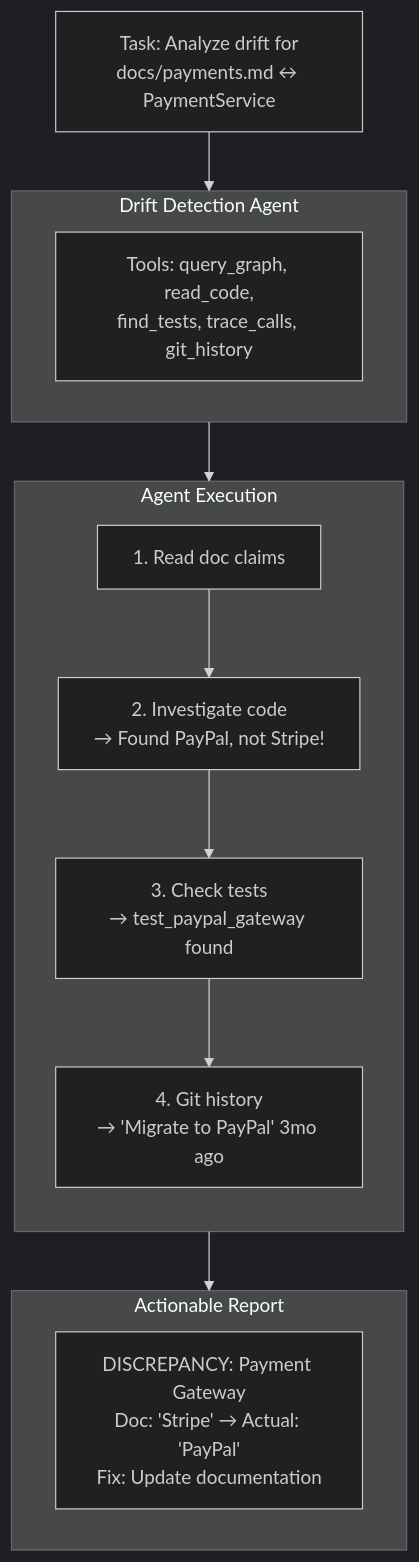
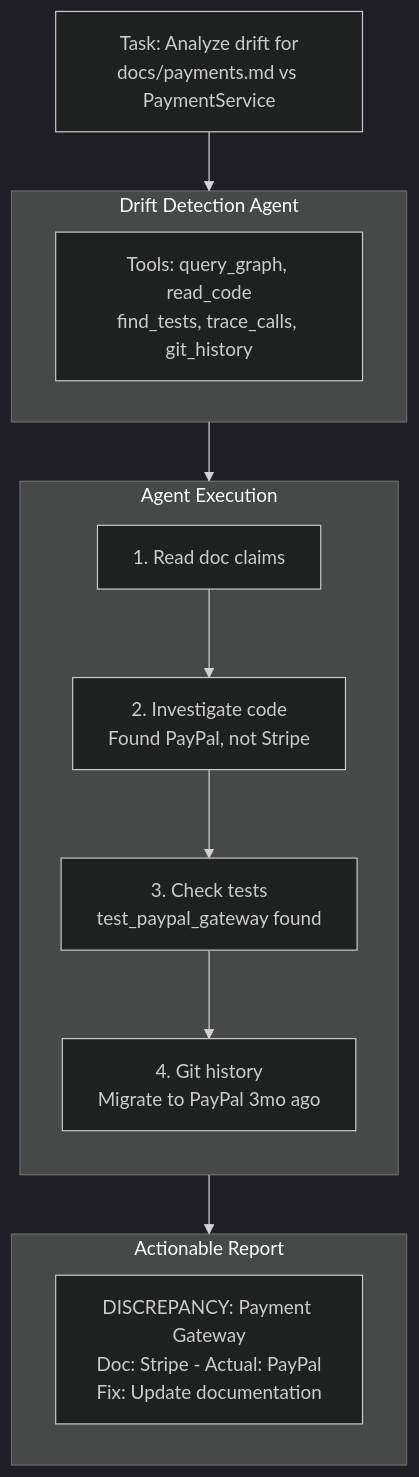
Before and after one commit to iAmLakshya/Lattice: the eighth of 8 diagrams in README.md, drawn with Mermaid (dark theme). The commit also changed other lines of this file, not shown here.

````diff
--- a/README.md
+++ b/README.md
@@ -897,24 +893,24 @@
 ```mermaid
 flowchart TB
-    task["Task: Analyze drift for\ndocs/payments.md ↔ PaymentService"]
+    task["Task: Analyze drift for<br>docs/payments.md vs PaymentService"]
 
     subgraph agent["Drift Detection Agent"]
-        tools["Tools: query_graph, read_code,\nfind_tests, trace_calls, git_history"]
+        tools["Tools: query_graph, read_code<br>find_tests, trace_calls, git_history"]
     end
 
     subgraph steps["Agent Execution"]
         direction TB
         s1["1. Read doc claims"]
-        s2["2. Investigate code\n→ Found PayPal, not Stripe!"]
-        s3["3. Check tests\n→ test_paypal_gateway found"]
-        s4["4. Git history\n→ 'Migrate to PayPal' 3mo ago"]
+        s2["2. Investigate code<br>Found PayPal, not Stripe"]
+        s3["3. Check tests<br>test_paypal_gateway found"]
+        s4["4. Git history<br>Migrate to PayPal 3mo ago"]
 
         s1 --> s2 --> s3 --> s4
     end
 
     subgraph output["Actionable Report"]
-        o1["DISCREPANCY: Payment Gateway\nDoc: 'Stripe' → Actual: 'PayPal'\nFix: Update documentation"]
+        o1["DISCREPANCY: Payment Gateway<br>Doc: Stripe - Actual: PayPal<br>Fix: Update documentation"]
     end
 
     task --> agent --> steps --> output
 ```
````
